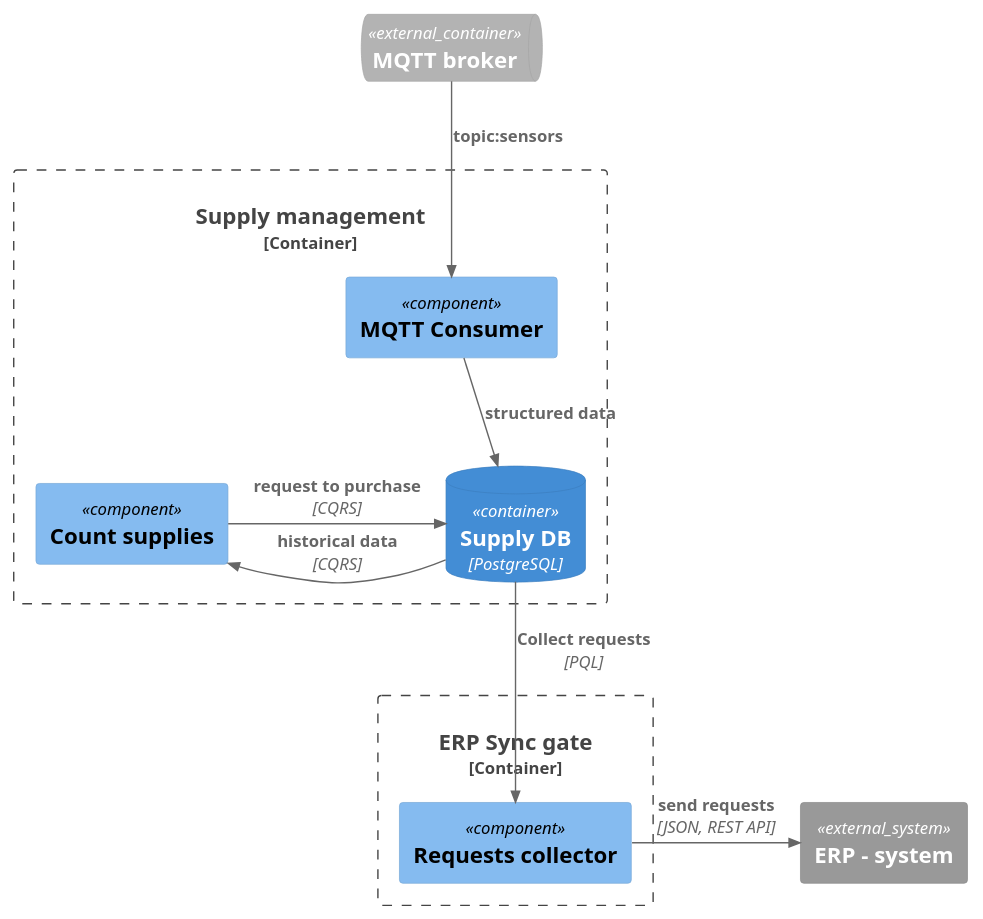
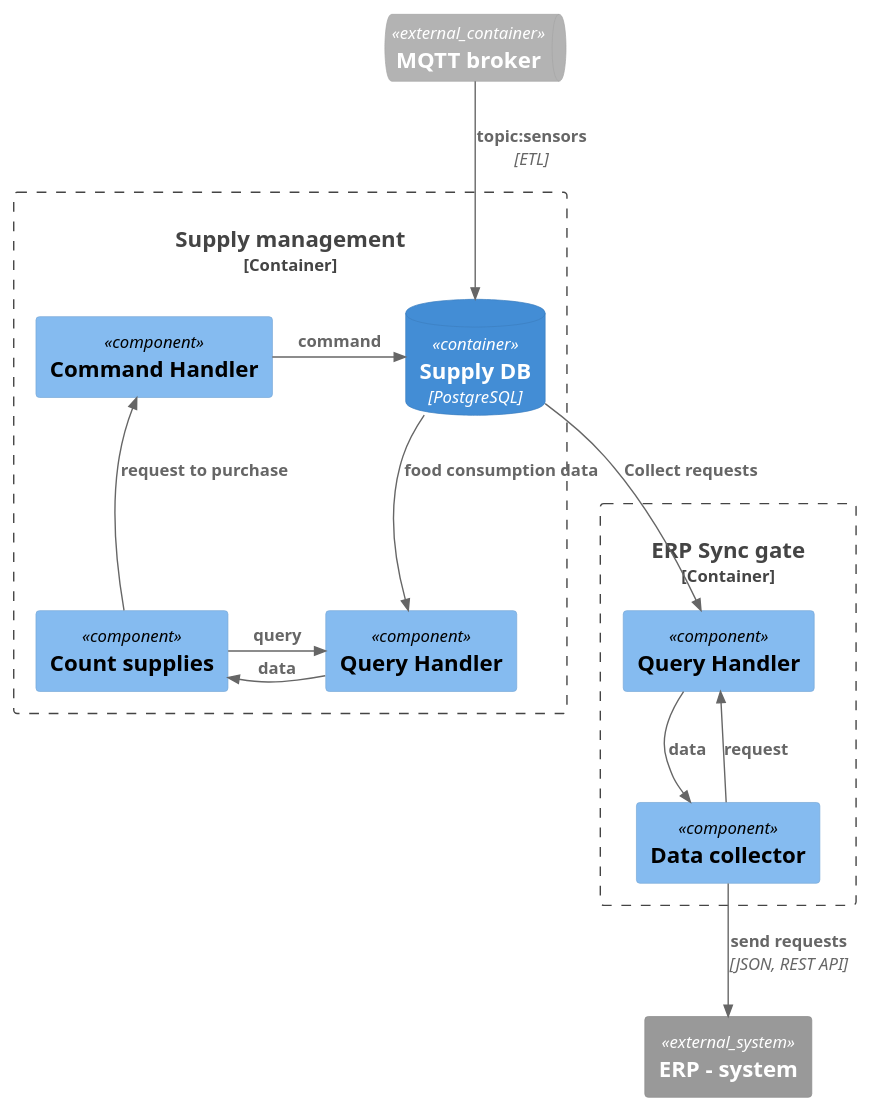
One commit to mirray/MSA-AgroTech changed the diagram in Task3/ATCK_C4_Components_food_supply.puml. Above: the diagram before and after it, drawn with PlantUML. The commit also changed 1 other file, not shown here.

Commit message:
task3 food supply

```diff
--- a/Task3/ATCK_C4_Components_food_supply.puml
+++ b/Task3/ATCK_C4_Components_food_supply.puml
@@ -1,21 +1,27 @@
 @startuml Архитектура_АвтоТехноСвиноКомплекс_v1_Food_Supply
 !include <C4/C4_Component>
 
 ContainerQueue_Ext(data_hub, "MQTT broker")
 System_Ext(erp, "ERP - system")
 Container_Boundary(supply, "Supply management"){
-    Component(supply_analysis, "MQTT Consumer")
     Component(supply_analysis_count, "Count supplies")
+    Component(supply_analysis_count_qh, "Query Handler")
+    Component(supply_analysis_count_ch, "Command Handler")
     ContainerDb(supply_db, "Supply DB", "PostgreSQL")
+    Rel_D(data_hub, supply_db, "topic:sensors", "ETL")
+    Rel_L(supply_analysis_count,supply_analysis_count_qh, "query")
+    Rel_R(supply_analysis_count_qh,supply_analysis_count, "data")
+    Rel(supply_db, supply_analysis_count_qh, "food consumption data")
+    Rel_U(supply_analysis_count, supply_analysis_count_ch, "request to purchase")
+    Rel_L(supply_analysis_count_ch, supply_db, "command")
 }
 Container_Boundary(erp_sync, "ERP Sync gate"){
-    Component(erp_sync_service, "Requests collector")
+    Component(erp_sync_service_qh, "Query Handler")
+    Component(erp_sync_service, "Data collector")
+    Rel_D(supply_db, erp_sync_service_qh, "Collect requests")
+    Rel_D(erp_sync_service_qh, erp_sync_service, "data")
+    Rel_U(erp_sync_service, erp_sync_service_qh, "request")
 }
-Rel_D(data_hub, supply_analysis, "topic:sensors")
-
-Rel_D(supply_analysis, supply_db, "structured data")
-Rel_L(supply_db,supply_analysis_count, "historical data", "CQRS")
-Rel_R(supply_analysis_count, supply_db, "request to purchase", "CQRS")
-Rel_D(supply_db, erp_sync_service, "Collect requests", "PQL") 
-Rel_R(erp_sync_service, erp, "send requests", "JSON, REST API")    
+ 
+Rel_D(erp_sync_service, erp, "send requests", "JSON, REST API")    
 @enduml
```
